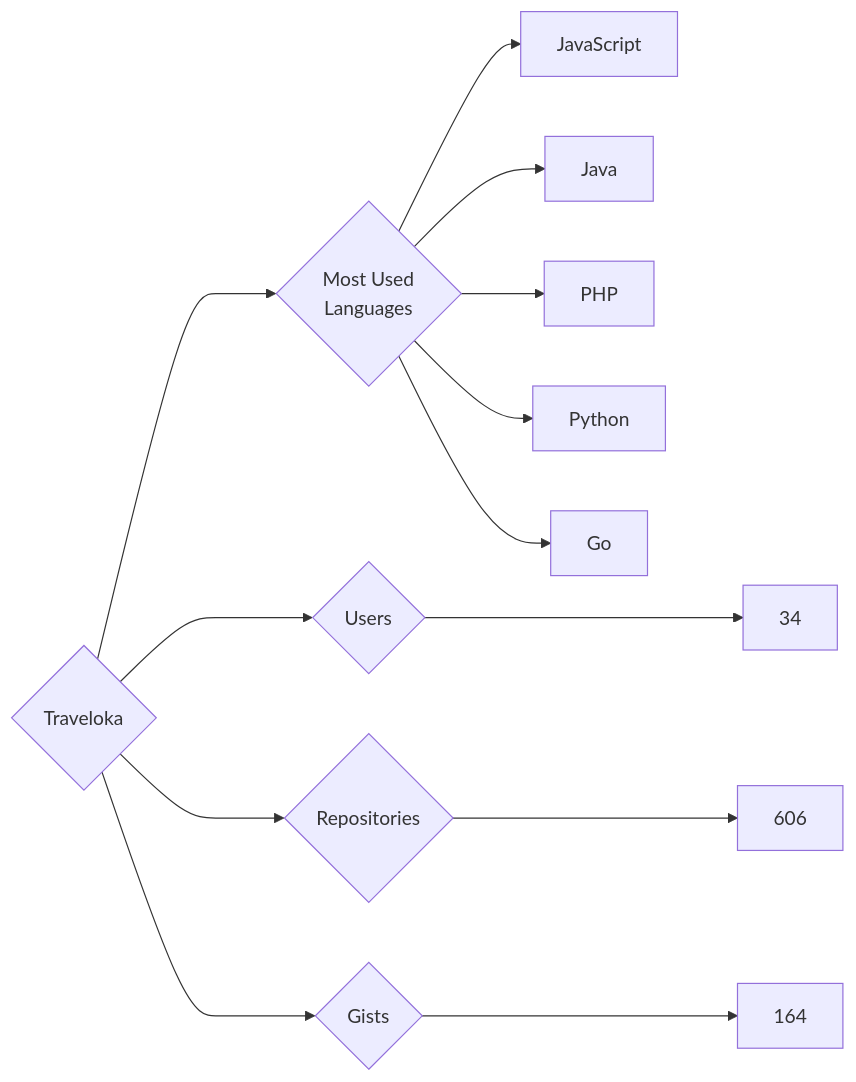
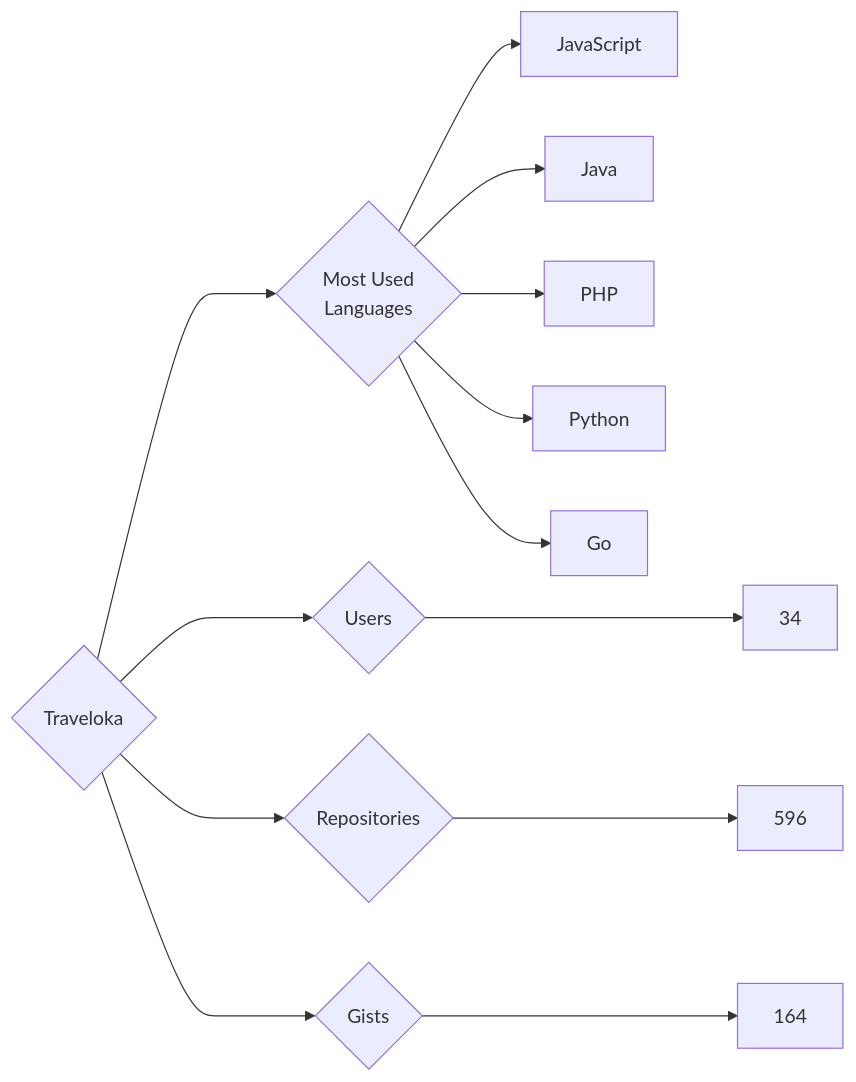
The diagram in targets/Traveloka/README.md (trickest/insiders), drawn with Mermaid before and after one commit. The commit also changed 1508 other files, not shown here.

````diff
--- a/targets/Traveloka/README.md
+++ b/targets/Traveloka/README.md
@@ -3,13 +3,13 @@
 ```mermaid
 graph LR
 COMPANY_NAME{Traveloka}
 COMPANY_NAME ---> U{Users} ---> UN[34]
-COMPANY_NAME ---> R{Repositories} ---> RN[606]
+COMPANY_NAME ---> R{Repositories} ---> RN[596]
 COMPANY_NAME ---> G{Gists} ---> GN[164]
 COMPANY_NAME ---> ML{Most Used<br>Languages}
 ML --> JavaScript[JavaScript]
 ML --> Java[Java]
 ML --> PHP[PHP]
 ML --> Python[Python]
 ML --> Go[Go]
 ```
````
